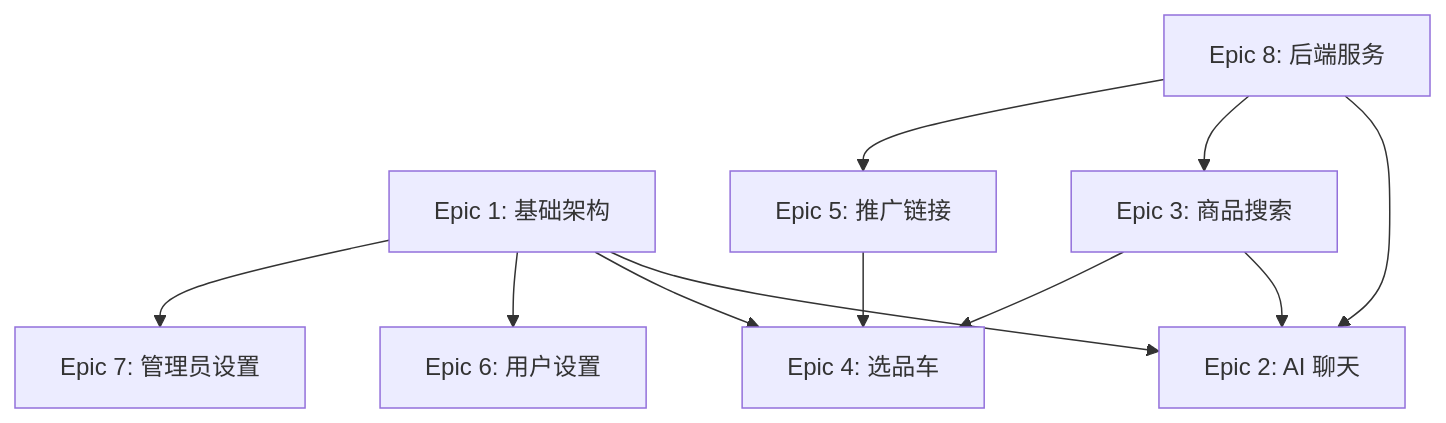
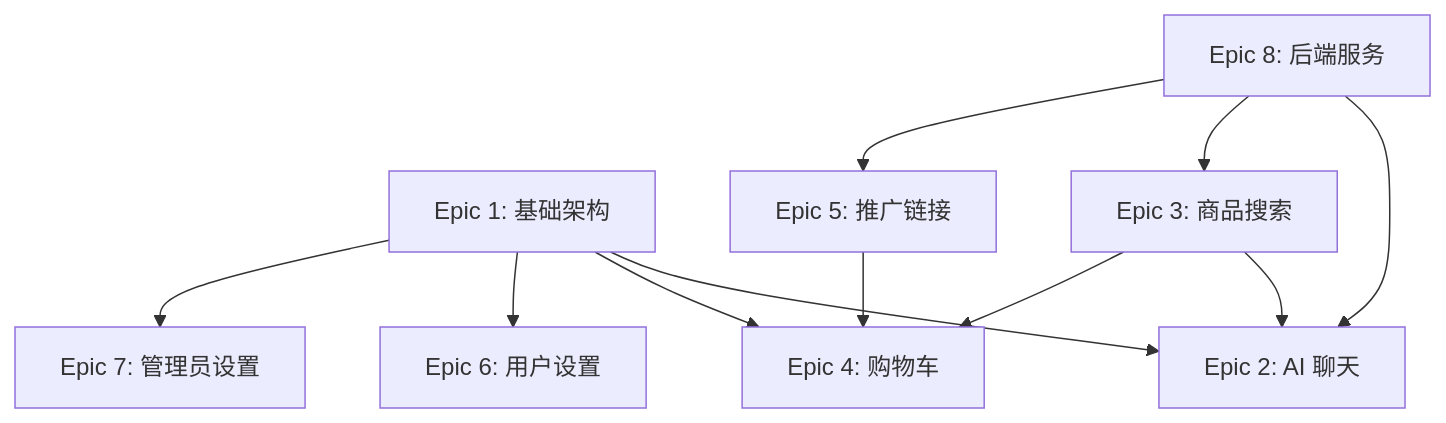
The diagram in docs/stories/00-epic-overview.md (chyinan/WisePick), drawn with Mermaid before and after one commit. The commit also changed other lines of this file and 65 other files, not shown here.

Commit message:
refactor: rename "选品车" to "购物车" across documentation and codebase, update server port to 9527, and add cached_network_image dependency for improved image handling

````diff
--- a/docs/stories/00-epic-overview.md
+++ b/docs/stories/00-epic-overview.md
@@ -161,17 +161,17 @@
 ```mermaid
 graph TD
     E1[Epic 1: 基础架构] --> E2[Epic 2: AI 聊天]
-    E1 --> E4[Epic 4: 选品车]
+    E1 --> E4[Epic 4: 购物车]
     E1 --> E6[Epic 6: 用户设置]
     
     E8[Epic 8: 后端服务] --> E2
     E8 --> E3[Epic 3: 商品搜索]
     E8 --> E5[Epic 5: 推广链接]
     
     E3 --> E2
     E3 --> E4
     
     E5 --> E4
     
     E1 --> E7[Epic 7: 管理员设置]
 ```
````
